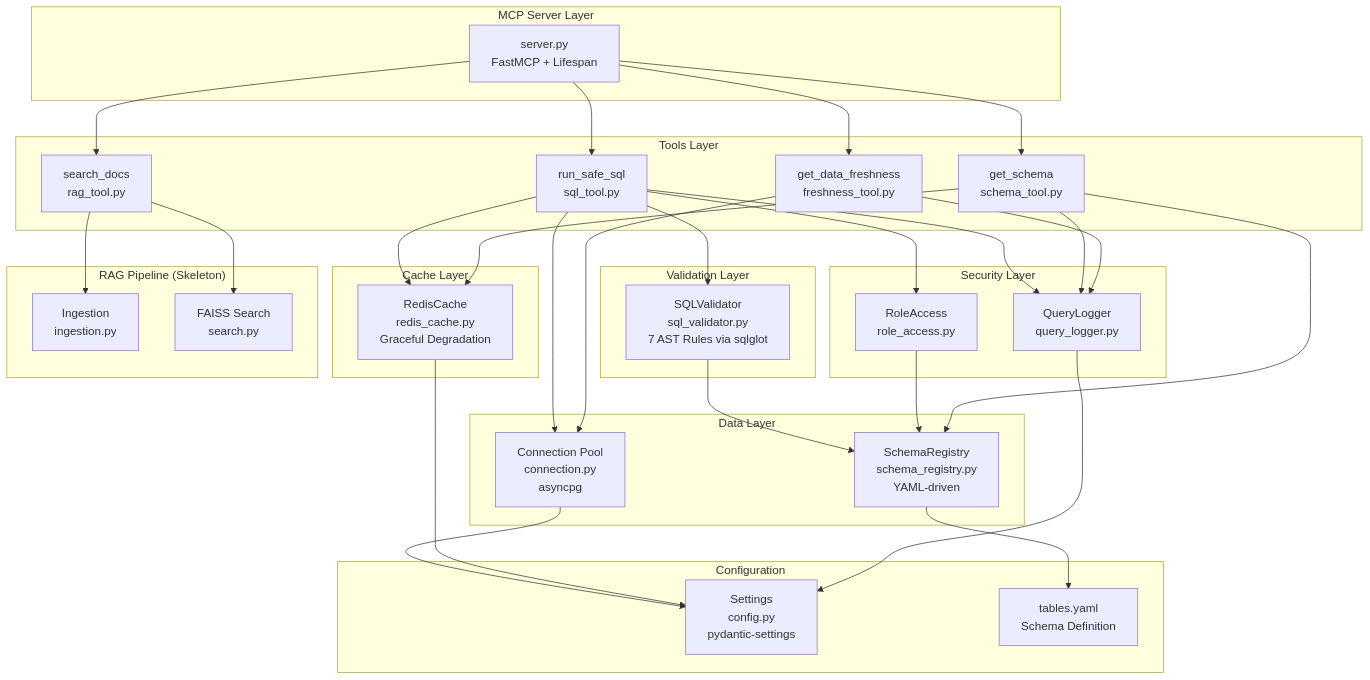
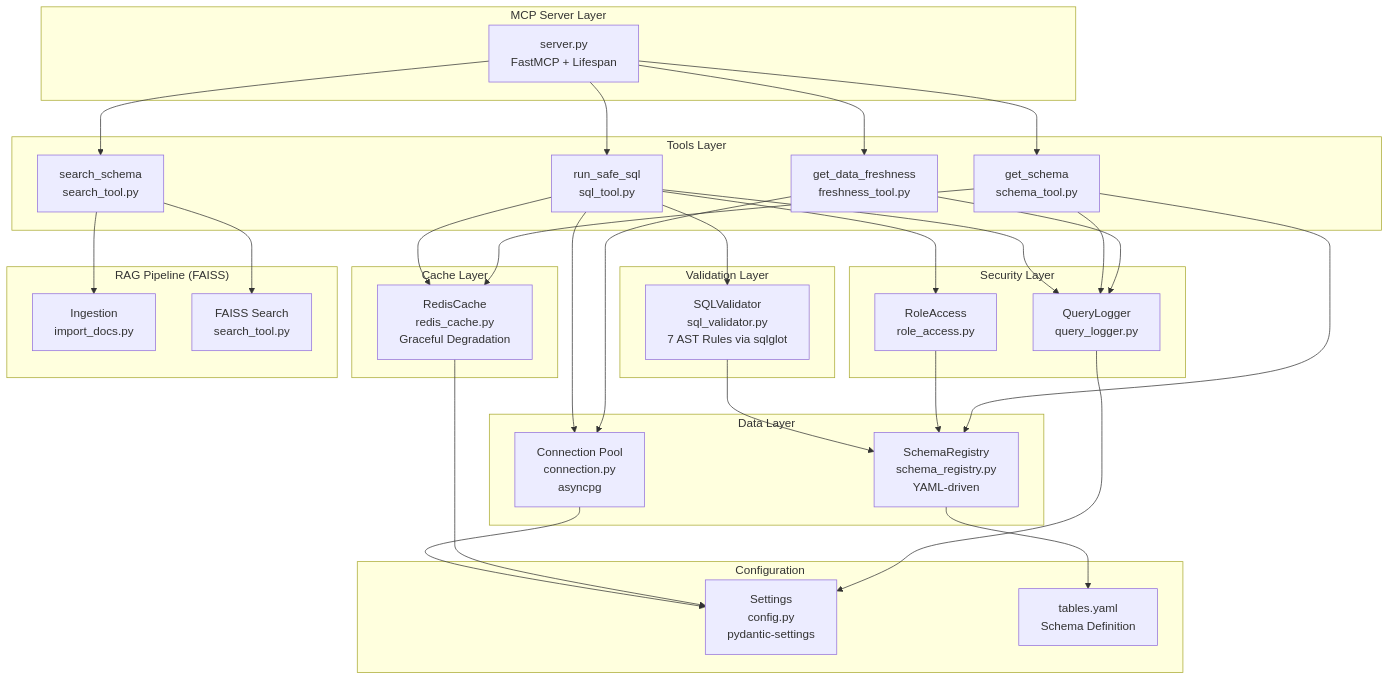
The second of 6 diagrams in docs/HLD_System_Architecture.md (AnkurPandeyOndc/network_overview_mcp), drawn with Mermaid before and after one commit. The commit also changed other lines of this file and 1 other file, not shown here.

Commit message:
feat: implement FAISS-based schema discovery for dynamic table access and add high-level system architecture documentation.

````diff
--- a/docs/HLD_System_Architecture.md
+++ b/docs/HLD_System_Architecture.md
@@ -188,58 +188,58 @@
 ```mermaid
 graph TB
     subgraph "MCP Server Layer"
         SRV[server.py<br/>FastMCP + Lifespan]
     end
 
     subgraph "Tools Layer"
         T1[run_safe_sql<br/>sql_tool.py]
         T2[get_schema<br/>schema_tool.py]
         T3[get_data_freshness<br/>freshness_tool.py]
-        T4[search_docs<br/>rag_tool.py]
+        T4[search_schema<br/>search_tool.py]
     end
 
     subgraph "Validation Layer"
         VAL[SQLValidator<br/>sql_validator.py<br/>7 AST Rules via sqlglot]
     end
 
     subgraph "Security Layer"
         RBAC[RoleAccess<br/>role_access.py]
         AUDIT[QueryLogger<br/>query_logger.py]
     end
 
     subgraph "Data Layer"
         POOL[Connection Pool<br/>connection.py<br/>asyncpg]
         REG[SchemaRegistry<br/>schema_registry.py<br/>YAML-driven]
     end
 
     subgraph "Cache Layer"
         CACHE[RedisCache<br/>redis_cache.py<br/>Graceful Degradation]
     end
 
-    subgraph "RAG Pipeline (Skeleton)"
-        ING[Ingestion<br/>ingestion.py]
-        SRCH[FAISS Search<br/>search.py]
+    subgraph "RAG Pipeline (FAISS)"
+        ING[Ingestion<br/>import_docs.py]
+        SRCH[FAISS Search<br/>search_tool.py]
     end
 
     subgraph "Configuration"
         CFG[Settings<br/>config.py<br/>pydantic-settings]
         YAML[tables.yaml<br/>Schema Definition]
     end
 
     SRV --> T1 & T2 & T3 & T4
     T1 --> VAL --> REG
     T1 --> RBAC --> REG
     T1 --> CACHE
     T1 --> POOL
     T1 --> AUDIT
     T2 --> CACHE
     T2 --> REG
     T2 --> AUDIT
     T3 --> POOL
     T3 --> AUDIT
     T4 --> ING & SRCH
     REG --> YAML
     POOL --> CFG
     CACHE --> CFG
     AUDIT --> CFG
 ```
````
